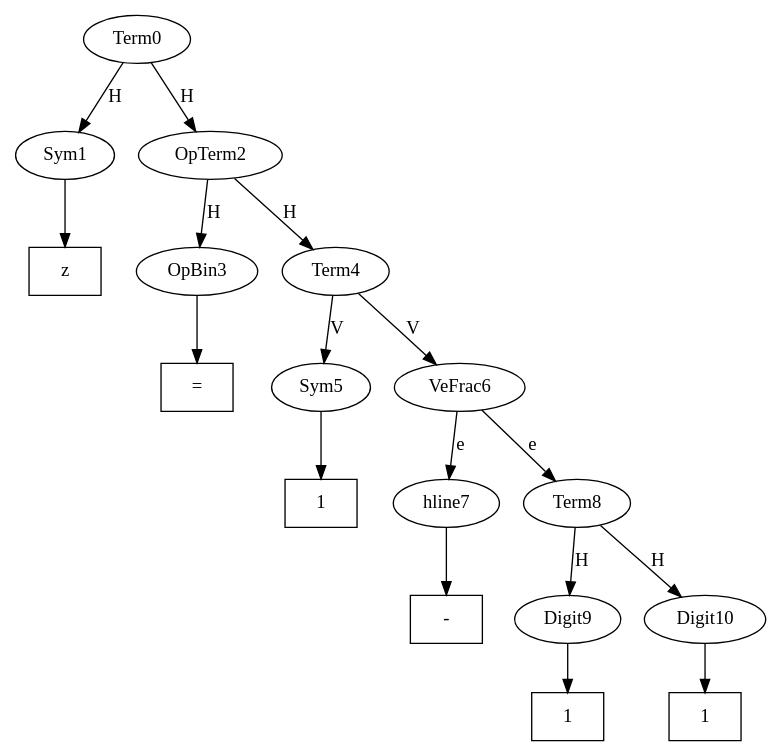
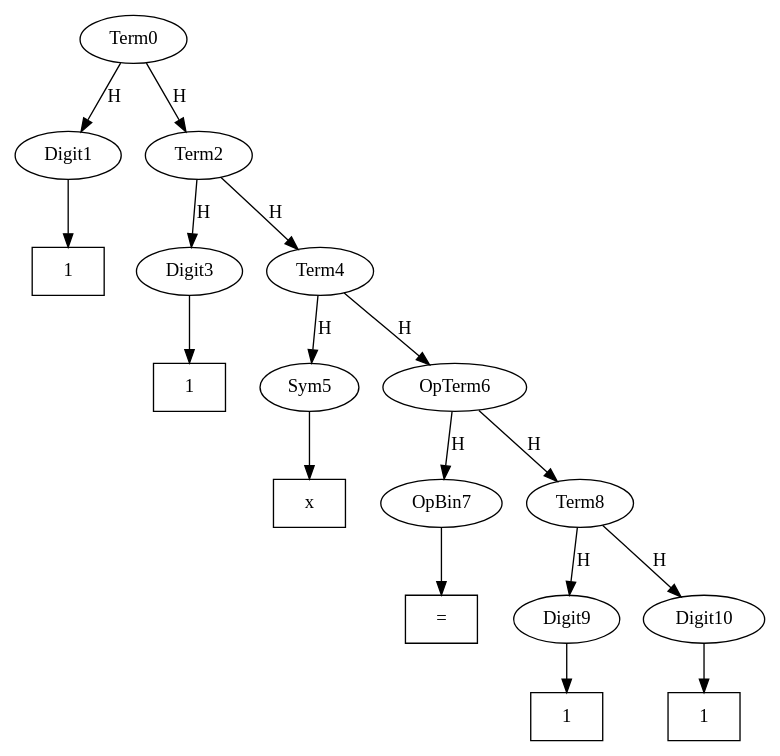
One commit to singator/UROPS2020 changed the diagram in Seshat-master/out.dot. Above: the diagram before and after it, drawn with Graphviz. The commit also changed 68 other files, not shown here.

```diff
--- a/Seshat-master/out.dot
+++ b/Seshat-master/out.dot
@@ -1,24 +1,24 @@
 digraph mathExp{
-Term0 -> Sym1 [label=H]
-Tz1 [shape=box,label="z"]
-Sym1 -> Tz1
-Term0 -> OpTerm2 [label=H]
-OpTerm2 -> OpBin3 [label=H]
-Te3 [shape=box,label="="]
-OpBin3 -> Te3
-OpTerm2 -> Term4 [label=H]
-Term4 -> Sym5 [label=V]
-T15 [shape=box,label="1"]
-Sym5 -> T15
-Term4 -> VeFrac6 [label=V]
-VeFrac6 -> hline7 [label=e]
-Tm7 [shape=box,label="-"]
-hline7 -> Tm7
-VeFrac6 -> Term8 [label=e]
+Term0 -> Digit1 [label=H]
+T11 [shape=box,label="1"]
+Digit1 -> T11
+Term0 -> Term2 [label=H]
+Term2 -> Digit3 [label=H]
+T13 [shape=box,label="1"]
+Digit3 -> T13
+Term2 -> Term4 [label=H]
+Term4 -> Sym5 [label=H]
+Tx5 [shape=box,label="x"]
+Sym5 -> Tx5
+Term4 -> OpTerm6 [label=H]
+OpTerm6 -> OpBin7 [label=H]
+Te7 [shape=box,label="="]
+OpBin7 -> Te7
+OpTerm6 -> Term8 [label=H]
 Term8 -> Digit9 [label=H]
 T19 [shape=box,label="1"]
 Digit9 -> T19
 Term8 -> Digit10 [label=H]
 T110 [shape=box,label="1"]
 Digit10 -> T110
 }
```
